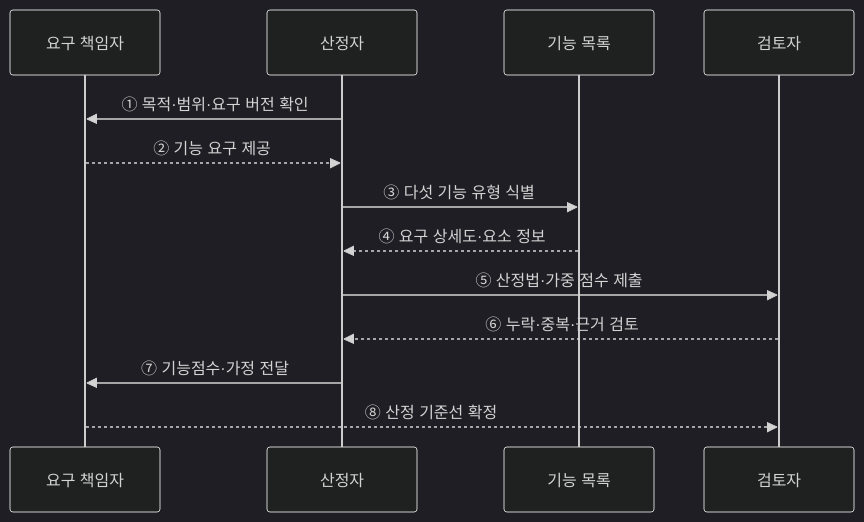
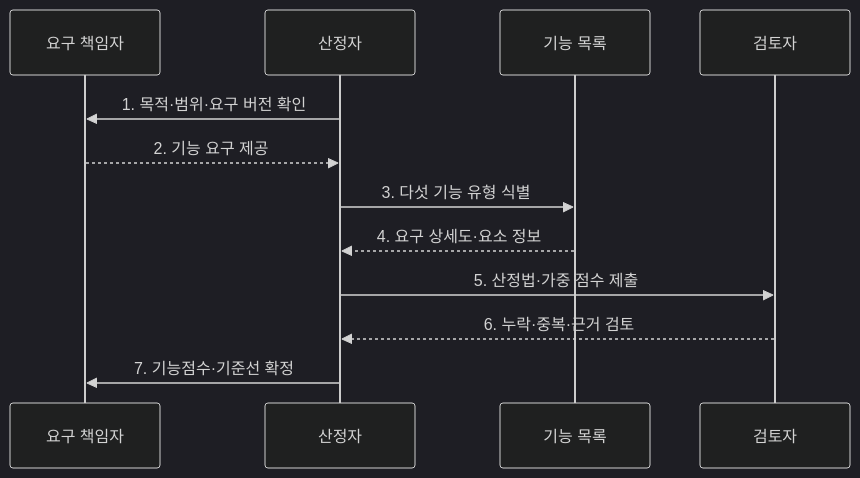
Before and after one commit to agnusdei1207/knowledge-base: the second of 2 diagrams in src/content/docs/notes/03-software/074_fp_estimation_method.md, drawn with Mermaid (dark theme). The commit also changed other lines of this file and 20 other files, not shown here.

````diff
--- a/src/content/docs/notes/03-software/074_fp_estimation_method.md
+++ b/src/content/docs/notes/03-software/074_fp_estimation_method.md
@@ -70,15 +78,14 @@
 ```mermaid
 sequenceDiagram
     participant U as 요구 책임자
     participant O as 산정자
     participant F as 기능 목록
     participant R as 검토자
-    O->>U: ① 목적·범위·요구 버전 확인
-    U-->>O: ② 기능 요구 제공
-    O->>F: ③ 다섯 기능 유형 식별
-    F-->>O: ④ 요구 상세도·요소 정보
-    O->>R: ⑤ 산정법·가중 점수 제출
-    R-->>O: ⑥ 누락·중복·근거 검토
-    O->>U: ⑦ 기능점수·가정 전달
-    U-->>R: ⑧ 산정 기준선 확정
+    O->>U: 1. 목적·범위·요구 버전 확인
+    U-->>O: 2. 기능 요구 제공
+    O->>F: 3. 다섯 기능 유형 식별
+    F-->>O: 4. 요구 상세도·요소 정보
+    O->>R: 5. 산정법·가중 점수 제출
+    R-->>O: 6. 누락·중복·근거 검토
+    O->>U: 7. 기능점수·기준선 확정
 ```
````
